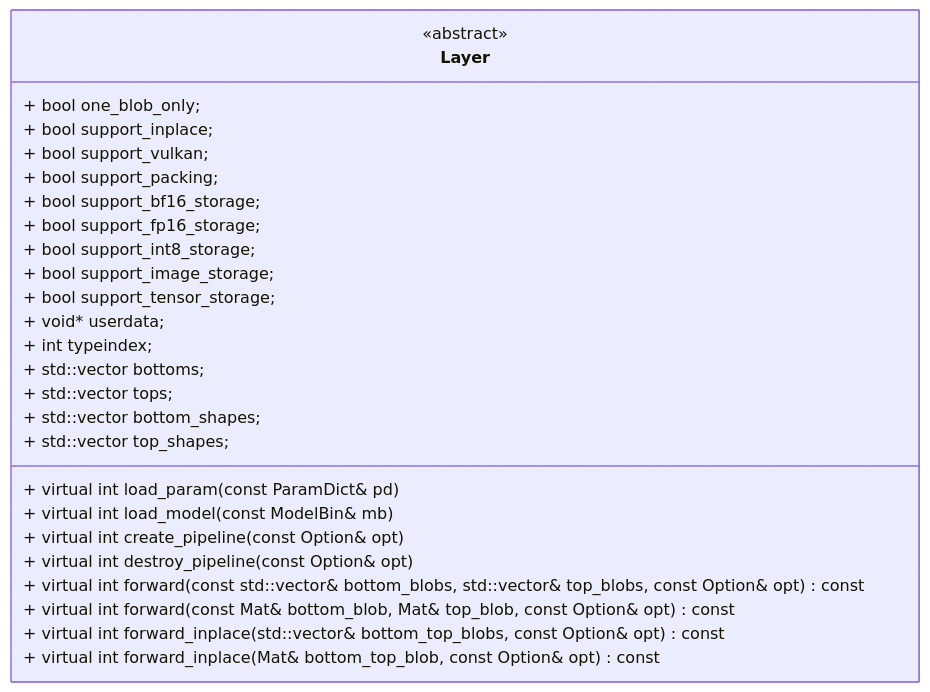
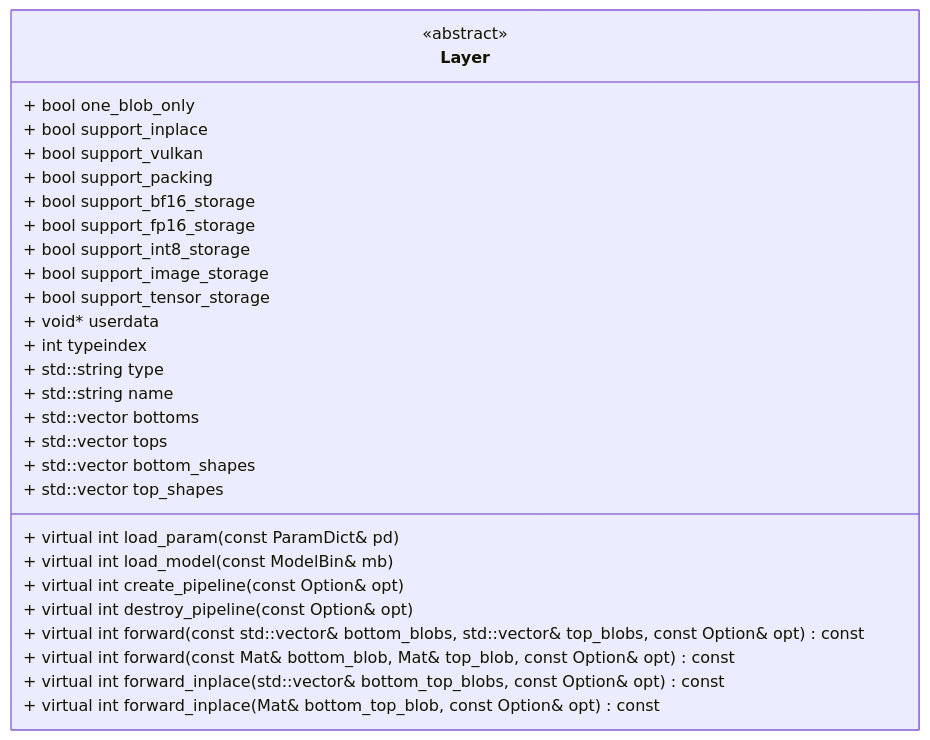
Before and after one commit to 18610361898/ai4rp: the second of 8 diagrams in README.md, drawn with Mermaid. The commit also changed other lines of this file and 1 other file, not shown here.

````diff
--- a/README.md
+++ b/README.md
@@ -509,30 +511,31 @@
 ```mermaid
 classDiagram
 class Layer {
   <<abstract>>
-  + bool one_blob_only;
-  + bool support_inplace;
-  + bool support_vulkan;
-  + bool support_packing;
-  + bool support_bf16_storage;
-  + bool support_fp16_storage;
-  + bool support_int8_storage;
-  + bool support_image_storage;
-  + bool support_tensor_storage;
-  + void* userdata;
-  + int typeindex;
-  + std::vector<int> bottoms;
-  + std::vector<int> tops;
-  + std::vector<Mat> bottom_shapes;
-  + std::vector<Mat> top_shapes;
-  
+  + bool one_blob_only
+  + bool support_inplace
+  + bool support_vulkan
+  + bool support_packing
+  + bool support_bf16_storage
+  + bool support_fp16_storage
+  + bool support_int8_storage
+  + bool support_image_storage
+  + bool support_tensor_storage
+  + void* userdata
+  + int typeindex
+  + std::string type
+  + std::string name
+  + std::vector<int> bottoms
+  + std::vector<int> tops
+  + std::vector<Mat> bottom_shapes
+  + std::vector<Mat> top_shapes
   + virtual int load_param(const ParamDict& pd)
   + virtual int load_model(const ModelBin& mb)
   + virtual int create_pipeline(const Option& opt)
   + virtual int destroy_pipeline(const Option& opt)
   + virtual int forward(const std::vector<Mat>& bottom_blobs, std::vector<Mat>& top_blobs, const Option& opt) const
   + virtual int forward(const Mat& bottom_blob, Mat& top_blob, const Option& opt) const
   + virtual int forward_inplace(std::vector<Mat>& bottom_top_blobs, const Option& opt) const
   + virtual int forward_inplace(Mat& bottom_top_blob, const Option& opt) const
 }
 ```
````
